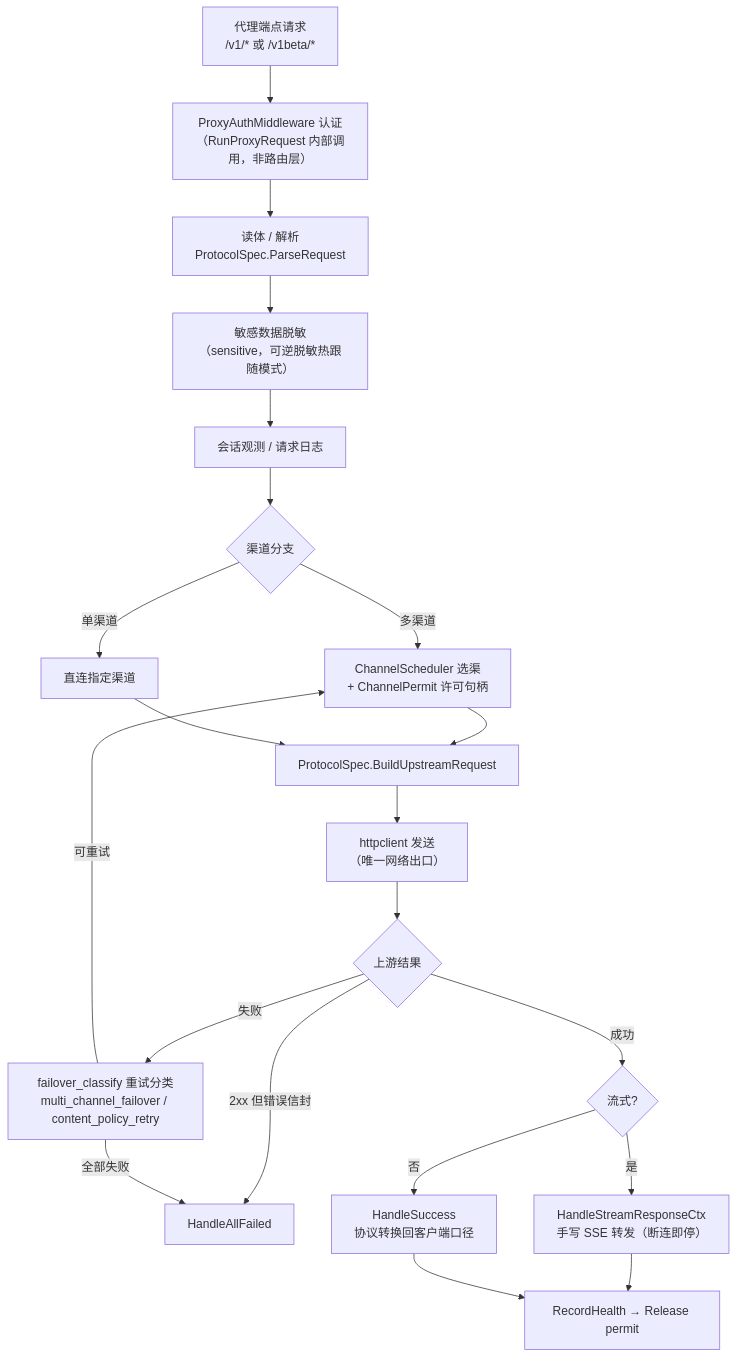
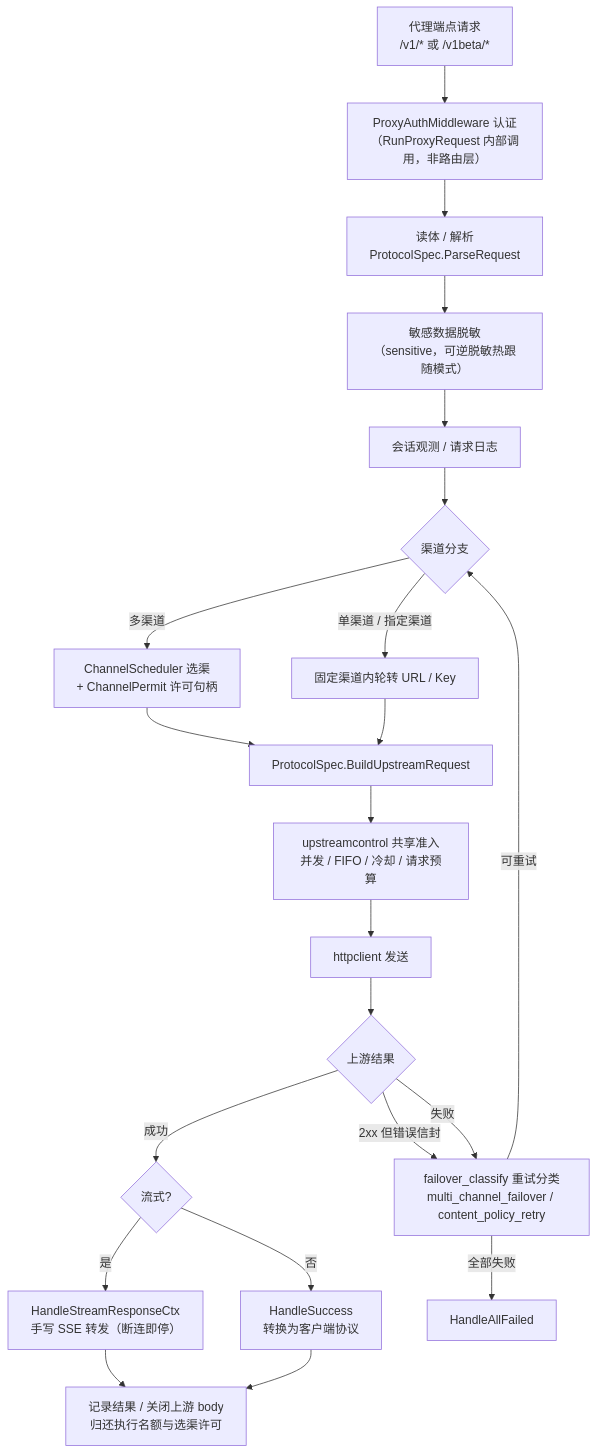
The second of 5 diagrams in docs/架构说明.md (insistanan/api-proxy), drawn with Mermaid before and after one commit. The commit also changed other lines of this file and 46 other files, not shown here.

````diff
--- a/docs/架构说明.md
+++ b/docs/架构说明.md
@@ -51,23 +53,24 @@
 ```mermaid
 flowchart TD
     REQ["代理端点请求<br/>/v1/* 或 /v1beta/*"] --> AUTH["ProxyAuthMiddleware 认证<br/>（RunProxyRequest 内部调用，非路由层）"]
     AUTH --> BODY["读体 / 解析<br/>ProtocolSpec.ParseRequest"]
     BODY --> MASK["敏感数据脱敏<br/>（sensitive，可逆脱敏热跟随模式）"]
     MASK --> OBS["会话观测 / 请求日志"]
     OBS --> BRANCH{"渠道分支"}
     BRANCH -->|"多渠道"| PICK["ChannelScheduler 选渠<br/>+ ChannelPermit 许可句柄"]
-    BRANCH -->|"单渠道"| DIRECT["直连指定渠道"]
+    BRANCH -->|"单渠道 / 指定渠道"| DIRECT["固定渠道内轮转 URL / Key"]
     PICK --> BUILD["ProtocolSpec.BuildUpstreamRequest"]
     DIRECT --> BUILD
-    BUILD --> SEND["httpclient 发送<br/>（唯一网络出口）"]
+    BUILD --> ADMIT["upstreamcontrol 共享准入<br/>并发 / FIFO / 冷却 / 请求预算"]
+    ADMIT --> SEND["httpclient 发送"]
     SEND --> UPRESULT{"上游结果"}
-    UPRESULT -->|"2xx 但错误信封"| FAIL
+    UPRESULT -->|"2xx 但错误信封"| CLASS
     UPRESULT -->|"失败"| CLASS["failover_classify 重试分类<br/>multi_channel_failover / content_policy_retry"]
     UPRESULT -->|"成功"| STREAM{"流式?"}
     STREAM -->|"是"| SSE["HandleStreamResponseCtx<br/>手写 SSE 转发（断连即停）"]
-    STREAM -->|"否"| CONV["HandleSuccess<br/>协议转换回客户端口径"]
+    STREAM -->|"否"| CONV["HandleSuccess<br/>转换为客户端协议"]
     SSE --> DONE
-    CONV --> DONE["RecordHealth → Release permit"]
-    CLASS -->|"可重试"| PICK
+    CONV --> DONE["记录结果 / 关闭上游 body<br/>归还执行名额与选渠许可"]
+    CLASS -->|"可重试"| BRANCH
     CLASS -->|"全部失败"| FAIL["HandleAllFailed"]
 ```
````
